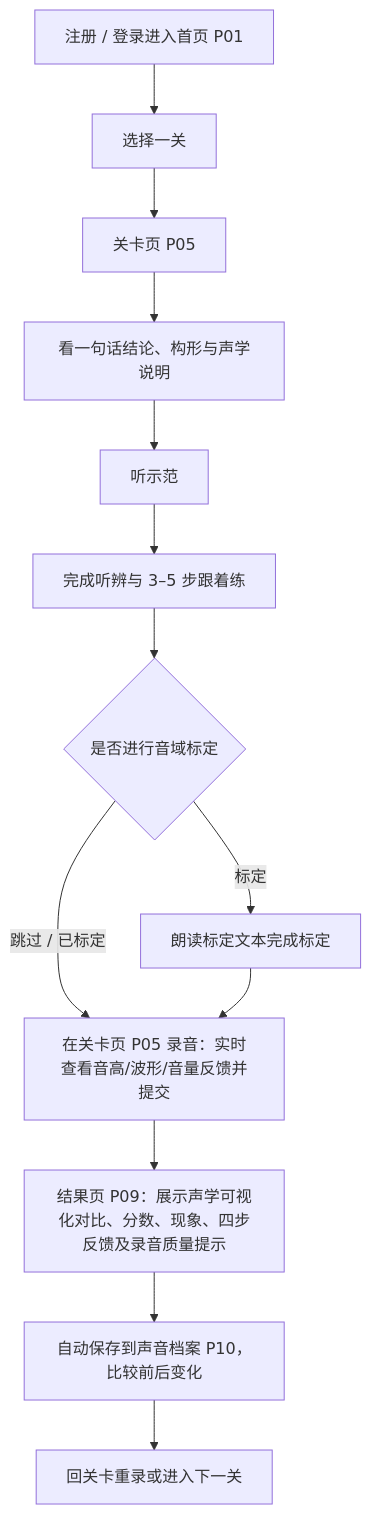
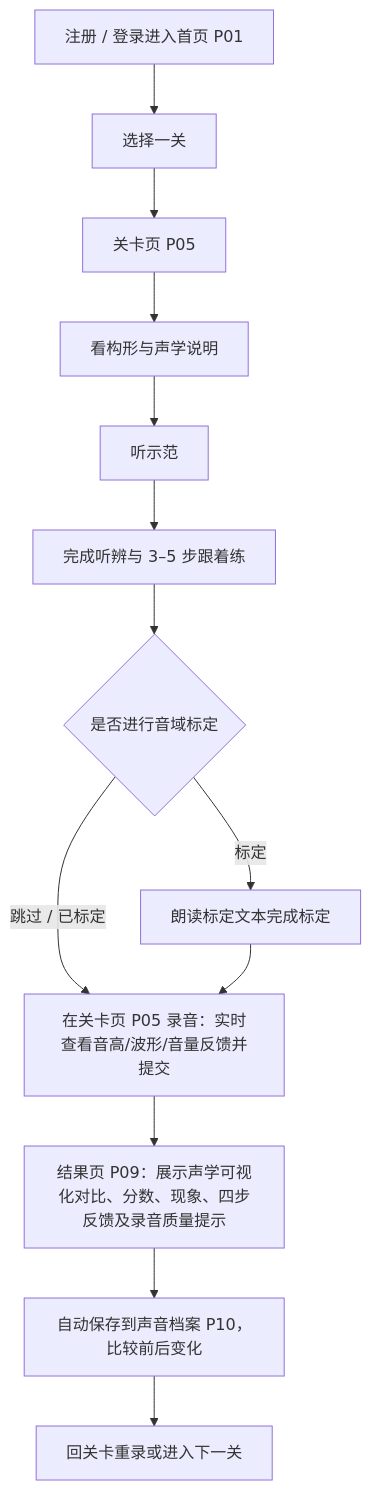
One commit to teke123/sound-visualizer-learning- changed the diagram in docs/srs/README.md. Above: the diagram before and after it, drawn with Mermaid. The commit also changed other lines of this file and 41 other files, not shown here.

````diff
--- a/docs/srs/README.md
+++ b/docs/srs/README.md
@@ -48,15 +47,15 @@
 ```mermaid
 flowchart TD
     A[注册 / 登录进入首页 P01] --> B[选择一关]
     B --> C[关卡页 P05]
-    C --> D[看一句话结论、构形与声学说明]
+    C --> D[看构形与声学说明]
     D --> E[听示范]
     E --> F[完成听辨与 3–5 步跟着练]
     F --> G{是否进行音域标定}
     G -- 标定 --> H[朗读标定文本完成标定]
     G -- 跳过 / 已标定 --> I[在关卡页 P05 录音：实时查看音高/波形/音量反馈并提交]
     H --> I
     I --> L[结果页 P09：展示声学可视化对比、分数、现象、四步反馈及录音质量提示]
     L --> P[自动保存到声音档案 P10，比较前后变化]
     P --> M[回关卡重录或进入下一关]
 ```
````
